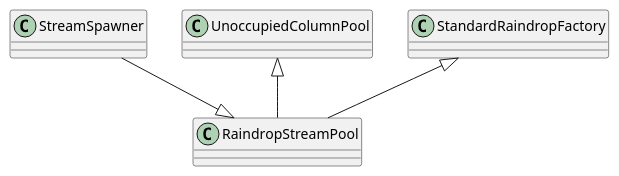
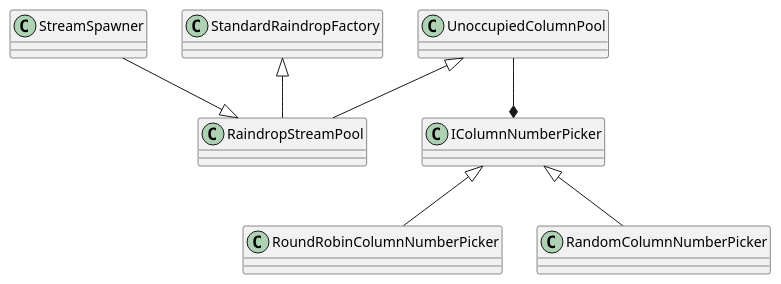
One commit to JamesComo44/DigitalRain changed the diagram in class_diagram.puml. Above: the diagram before and after it, drawn with PlantUML.

```diff
--- a/class_diagram.puml
+++ b/class_diagram.puml
@@ -1,6 +1,10 @@
 @startuml
 StreamSpawner --|> RaindropStreamPool 
 
 UnoccupiedColumnPool <|-- RaindropStreamPool
 StandardRaindropFactory <|-- RaindropStreamPool
+
+UnoccupiedColumnPool --* IColumnNumberPicker
+IColumnNumberPicker <|-- RoundRobinColumnNumberPicker
+IColumnNumberPicker <|-- RandomColumnNumberPicker
 @enduml
```
